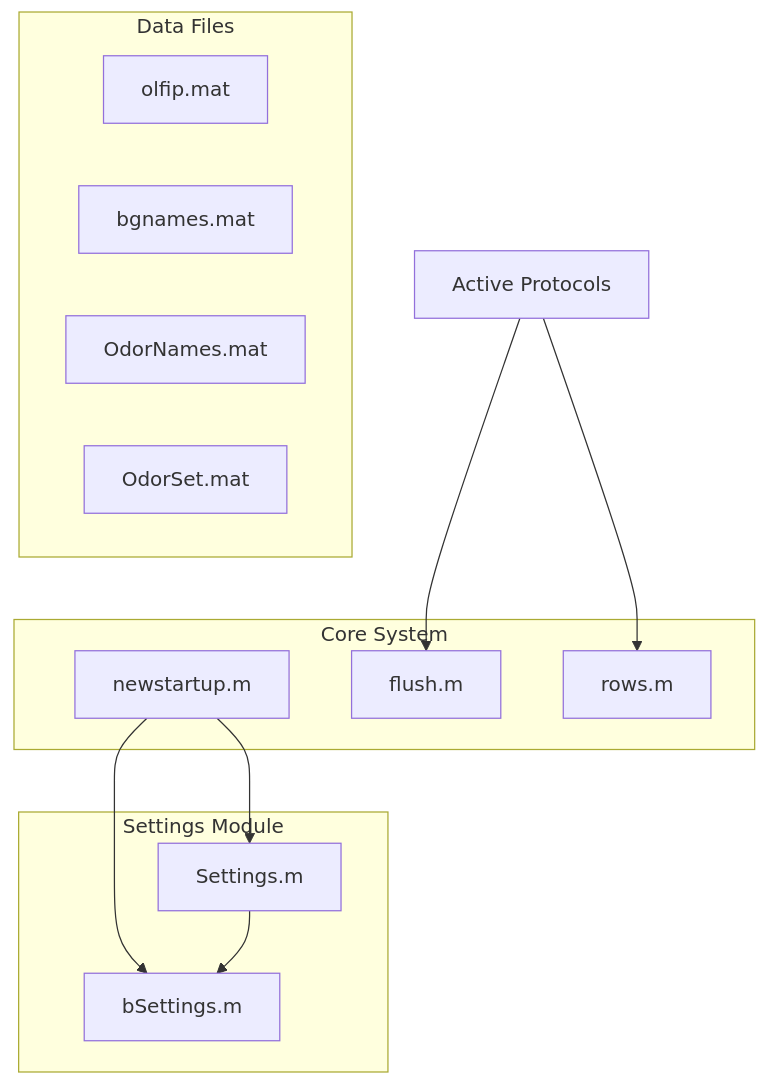
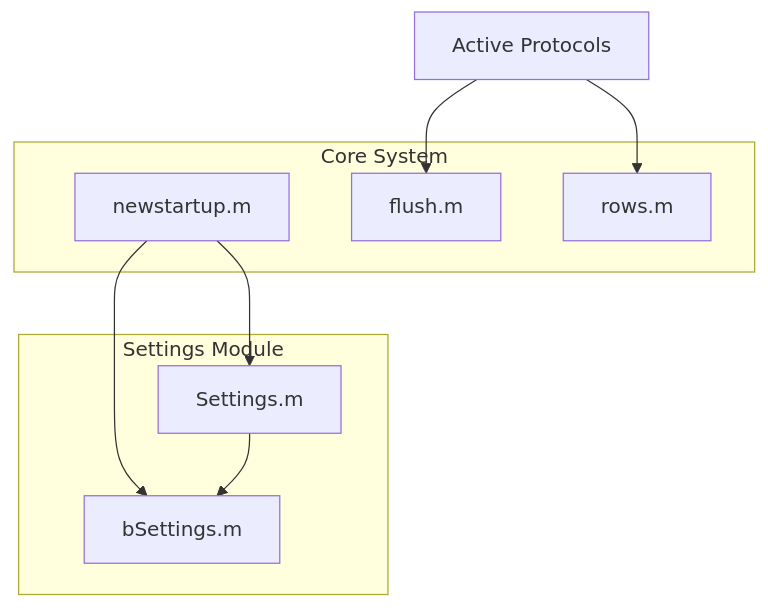
Before and after one commit to LIMLabSWC/ratter: the first of 2 diagrams in docs/architecture/system-architecture.md, drawn with Mermaid. The commit also changed other lines of this file, not shown here.

Commit message:
update permanent graph

````diff
--- a/docs/architecture/system-architecture.md
+++ b/docs/architecture/system-architecture.md
@@ -9,28 +9,21 @@
 ```mermaid
 graph TD
     subgraph Core ["Core System"]
         NS[newstartup.m]
         F[flush.m]
         R[rows.m]
     end
 
     subgraph Settings ["Settings Module"]
         SM[Settings.m]
         BS[bSettings.m]
     end
 
-    subgraph Data ["Data Files"]
-        OF[olfip.mat]
-        BG[bgnames.mat]
-        ON[OdorNames.mat]
-        OS[OdorSet.mat]
-    end
-
     NS --> SM
     NS --> BS
     SM --> BS
 
     %% Protocol relationships
     P[Active Protocols] --> F
     P --> R
 ```
````
